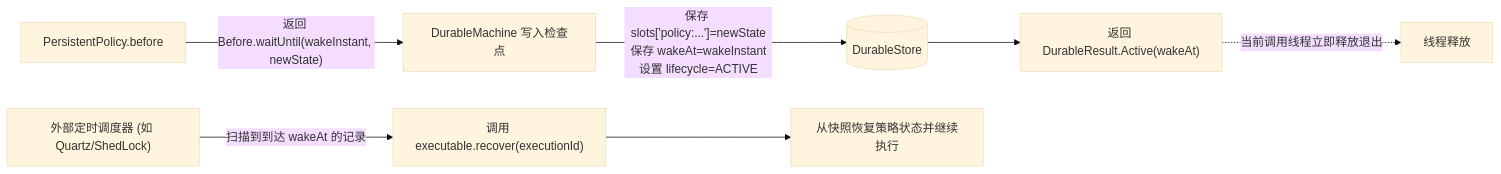
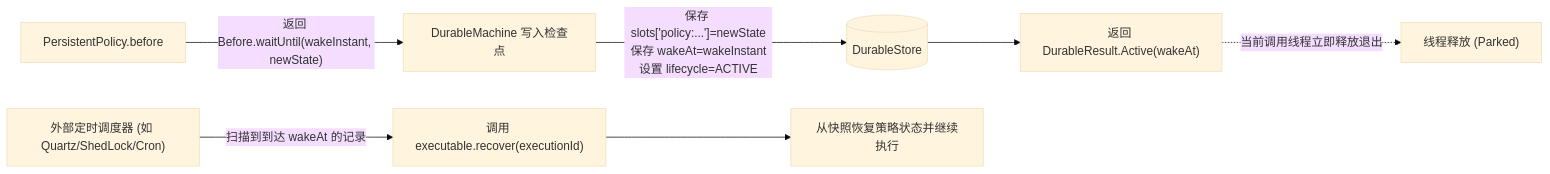
The second of 2 diagrams in docs/flow/flow-durable-resume.md (team4u/team4u-framework), drawn with Mermaid (base theme) before and after one commit. The commit also changed other lines of this file and 21 other files, not shown here.

Commit message:
docs(flow): deepen technical documentation across core, governance, durable, and testing

````diff
--- a/docs/flow/flow-durable-resume.md
+++ b/docs/flow/flow-durable-resume.md
@@ -95,11 +95,11 @@
 ```mermaid
 graph LR
     P_BEFORE["PersistentPolicy.before"] -->|"返回 Before.waitUntil(wakeInstant, newState)"| M["DurableMachine 写入检查点"]
     M -->|"保存 slots['policy:...']=newState<br/>保存 wakeAt=wakeInstant<br/>设置 lifecycle=ACTIVE"| DS[("DurableStore")]
     DS --> RES["返回 DurableResult.Active(wakeAt)"]
     
-    RES -.->|"当前调用线程立即释放退出"| EXIT["线程释放"]
+    RES -.->|"当前调用线程立即释放退出"| EXIT["线程释放 (Parked)"]
     
-    SCHED["外部定时调度器 (如 Quartz/ShedLock)"] -->|"扫描到到达 wakeAt 的记录"| REC["调用 executable.recover(executionId)"]
+    SCHED["外部定时调度器 (如 Quartz/ShedLock/Cron)"] -->|"扫描到到达 wakeAt 的记录"| REC["调用 executable.recover(executionId)"]
     REC --> NEXT["从快照恢复策略状态并继续执行"]
 ```
````
